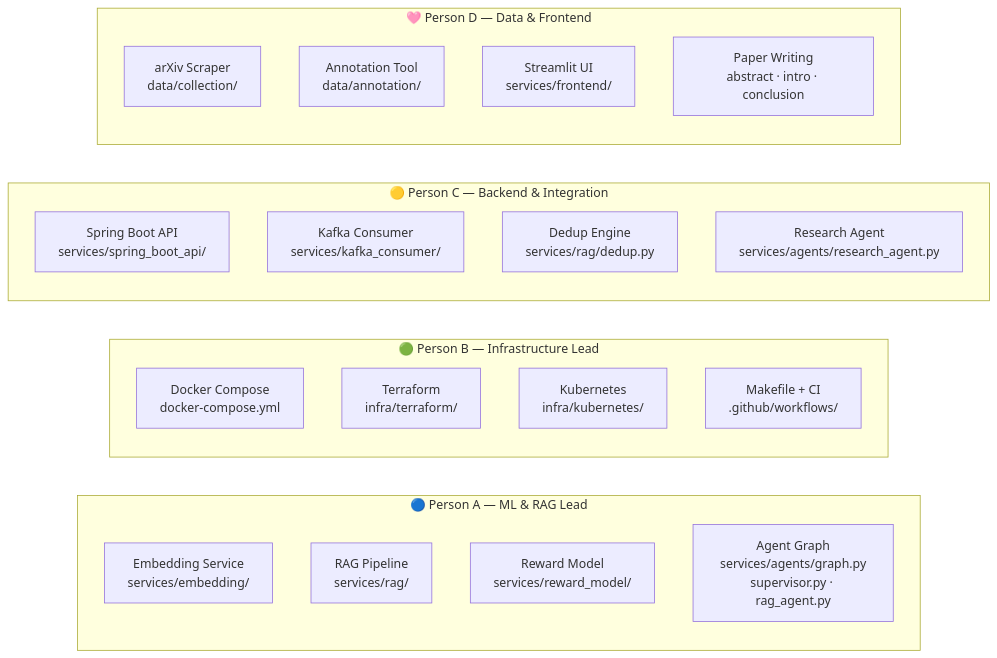
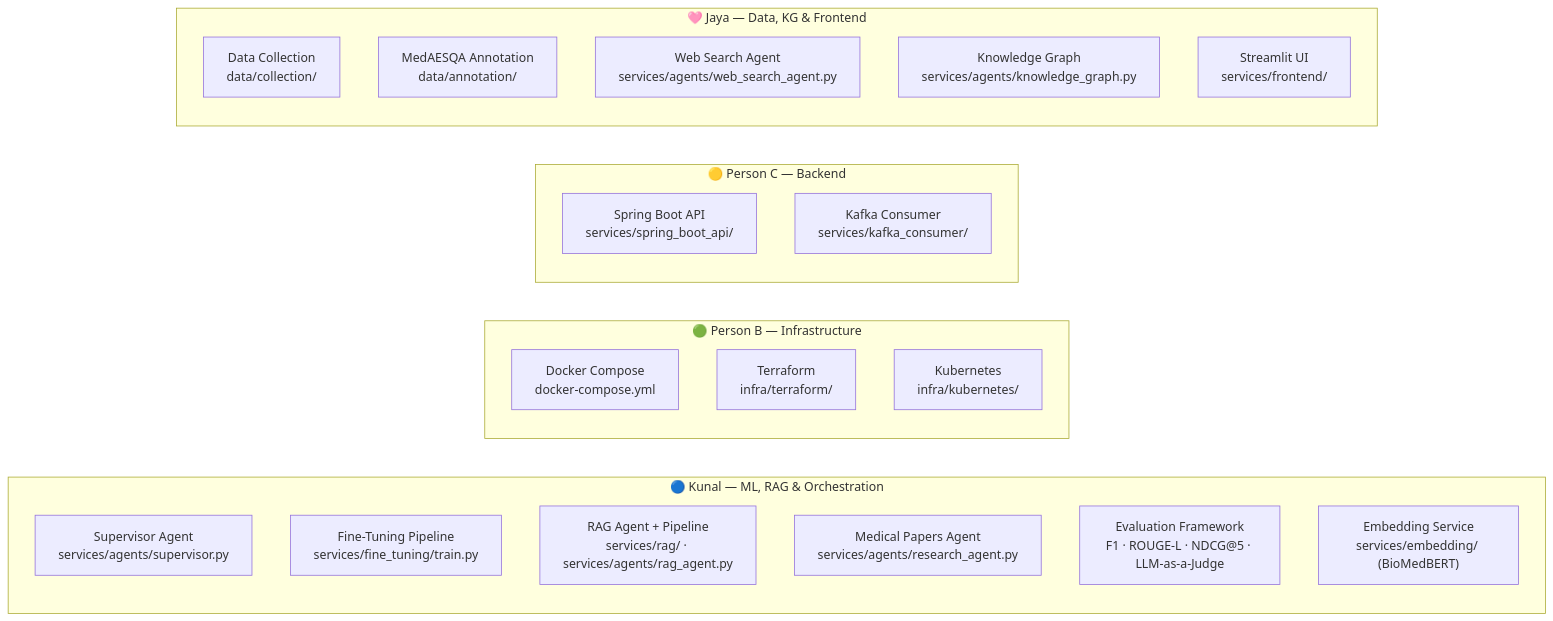
One commit to kunaljtamhane/MediQuery changed the fifth of 5 diagrams in ARCHITECTURE.md. Above: the diagram before and after it, drawn with Mermaid. The commit also changed other lines of this file and 20 other files, not shown here.

````diff
--- a/ARCHITECTURE.md
+++ b/ARCHITECTURE.md
@@ -346,30 +364,30 @@
 ```mermaid
 flowchart LR
-    subgraph A ["🔵 Person A — ML & RAG Lead"]
-        A1["Embedding Service\nservices/embedding/"]
-        A2["RAG Pipeline\nservices/rag/"]
-        A3["Reward Model\nservices/reward_model/"]
-        A4["Agent Graph\nservices/agents/graph.py\nsupervisor.py · rag_agent.py"]
+    subgraph K ["🔵 Kunal — ML, RAG & Orchestration"]
+        K1["Supervisor Agent\nservices/agents/supervisor.py"]
+        K2["Fine-Tuning Pipeline\nservices/fine_tuning/train.py"]
+        K3["RAG Agent + Pipeline\nservices/rag/ · services/agents/rag_agent.py"]
+        K4["Medical Papers Agent\nservices/agents/research_agent.py"]
+        K5["Evaluation Framework\nF1 · ROUGE-L · NDCG@5 · LLM-as-a-Judge"]
+        K6["Embedding Service\nservices/embedding/ (BioMedBERT)"]
     end
 
-    subgraph B ["🟢 Person B — Infrastructure Lead"]
+    subgraph B ["🟢 Person B — Infrastructure"]
         B1["Docker Compose\ndocker-compose.yml"]
         B2["Terraform\ninfra/terraform/"]
         B3["Kubernetes\ninfra/kubernetes/"]
-        B4["Makefile + CI\n.github/workflows/"]
     end
 
-    subgraph C ["🟡 Person C — Backend & Integration"]
+    subgraph C ["🟡 Person C — Backend"]
         C1["Spring Boot API\nservices/spring_boot_api/"]
         C2["Kafka Consumer\nservices/kafka_consumer/"]
-        C3["Dedup Engine\nservices/rag/dedup.py"]
-        C4["Research Agent\nservices/agents/research_agent.py"]
     end
 
-    subgraph D ["🩷 Person D — Data & Frontend"]
-        D1["arXiv Scraper\ndata/collection/"]
-        D2["Annotation Tool\ndata/annotation/"]
-        D3["Streamlit UI\nservices/frontend/"]
-        D4["Paper Writing\nabstract · intro · conclusion"]
+    subgraph J ["🩷 Jaya — Data, KG & Frontend"]
+        J1["Data Collection\ndata/collection/"]
+        J2["MedAESQA Annotation\ndata/annotation/"]
+        J3["Web Search Agent\nservices/agents/web_search_agent.py"]
+        J4["Knowledge Graph\nservices/agents/knowledge_graph.py"]
+        J5["Streamlit UI\nservices/frontend/"]
     end
 ```
````
